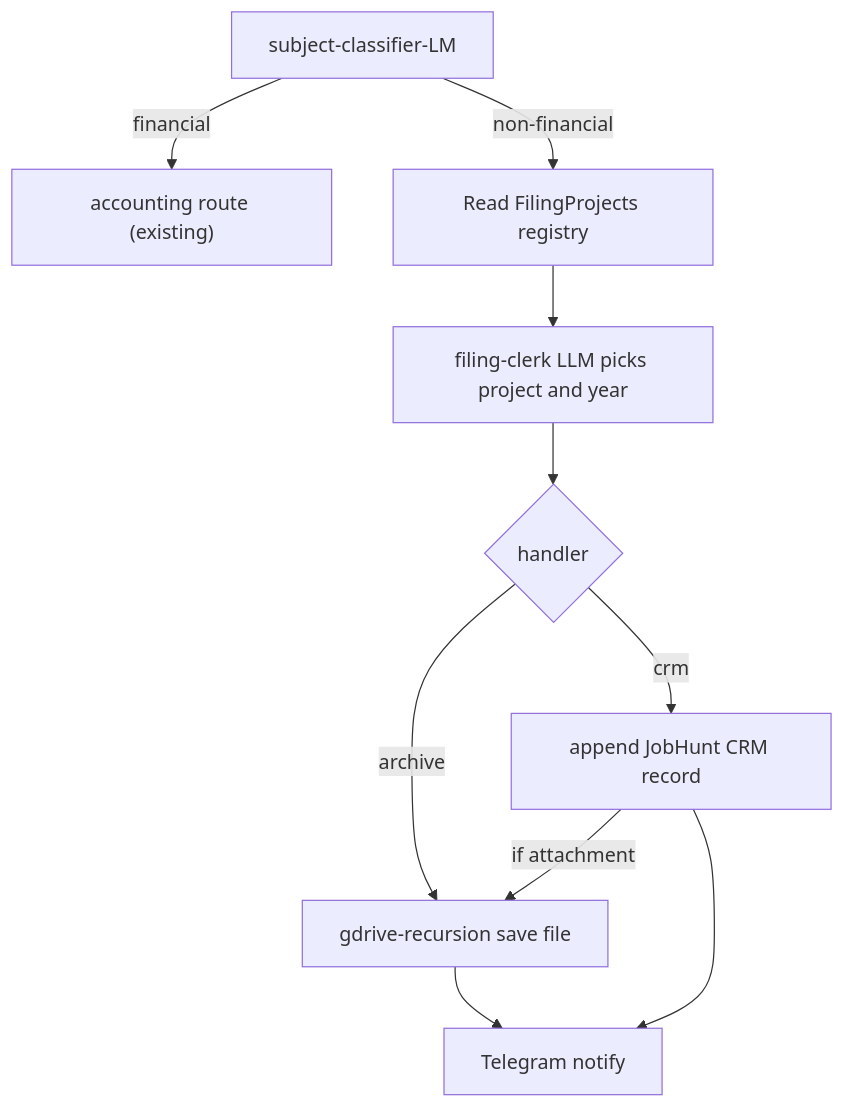
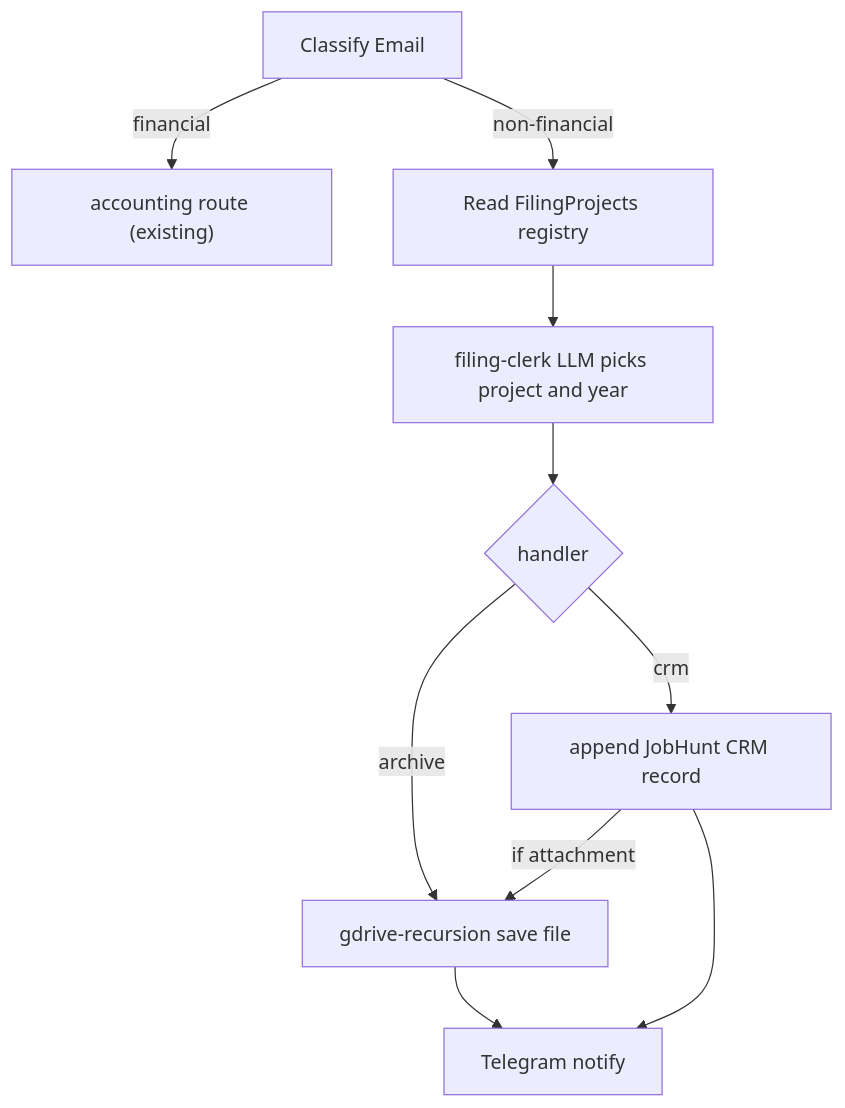
The diagram in .claude/centerpiece.md (runfish5/micro-services), drawn with Mermaid before and after one commit. The commit also changed 8 other files, not shown here.

````diff
--- a/.claude/centerpiece.md
+++ b/.claude/centerpiece.md
@@ -3,12 +3,12 @@
 ```mermaid
 flowchart TD
-    C["subject-classifier-LM"] -->|financial| ACC["accounting route (existing)"]
+    C["Classify Email"] -->|financial| ACC["accounting route (existing)"]
     C -->|non-financial| REG["Read FilingProjects registry"]
     REG --> CLERK["filing-clerk LLM picks project and year"]
     CLERK --> H{"handler"}
     H -->|archive| FILE["gdrive-recursion save file"]
     H -->|crm| CRM["append JobHunt CRM record"]
     CRM -->|if attachment| FILE
     FILE --> N["Telegram notify"]
     CRM --> N
 ```
````
